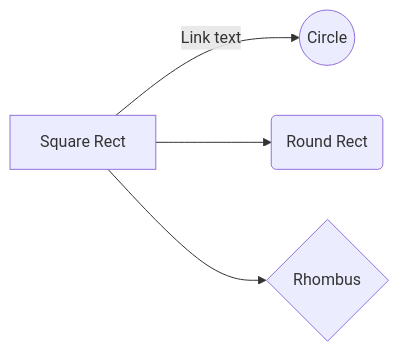
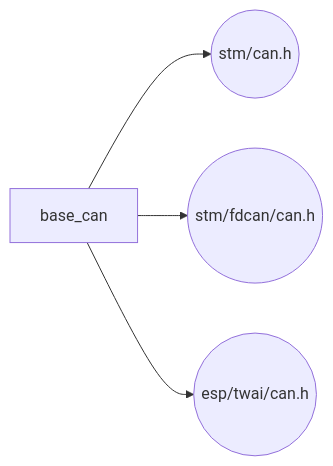
Before and after one commit to owennewo/SimpleCAN: the diagram in README.md, drawn with Mermaid. The commit also changed 15 other files, not shown here.

````diff
--- a/README.md
+++ b/README.md
@@ -40,7 +40,7 @@
 ```mermaid
 graph LR
-base_can[Square Rect] -- Link text --> stm/can((Circle))
-base_can --> stm/fdcan(Round Rect)
-base_can --> esp/twai/{Rhombus}
+base[base_can] --> stm_can((stm/can.h))
+base --> stm_fdcan((stm/fdcan/can.h))
+base --> esp_twai((esp/twai/can.h))
 
 ```
````
